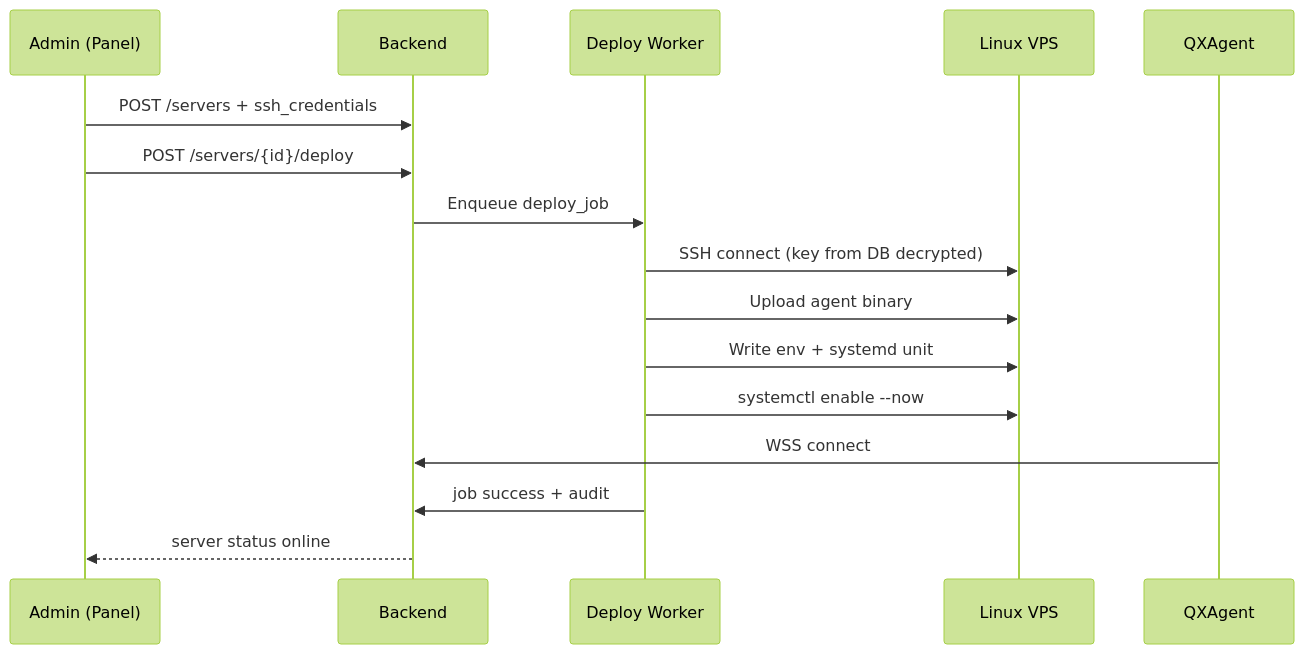
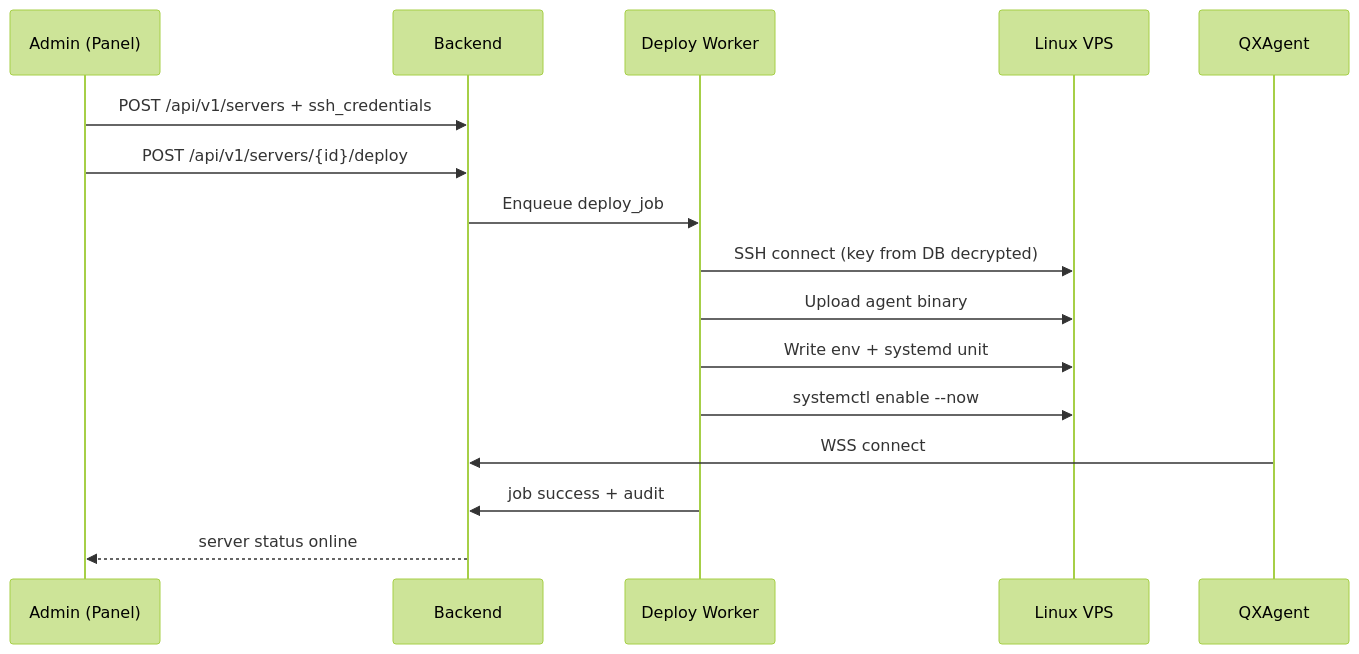
The diagram in docs/ssh-deploy.md (mindevis/qx-project), drawn with Mermaid (forest theme) before and after one commit. The commit also changed other lines of this file and 129 other files, not shown here.

````diff
--- a/docs/ssh-deploy.md
+++ b/docs/ssh-deploy.md
@@ -10,19 +11,19 @@
 ```mermaid
 sequenceDiagram
     participant U as Admin (Panel)
     participant API as Backend
     participant Q as Deploy Worker
     participant VPS as Linux VPS
     participant A as QXAgent
 
-    U->>API: POST /servers + ssh_credentials
-    U->>API: POST /servers/{id}/deploy
+    U->>API: POST /api/v1/servers + ssh_credentials
+    U->>API: POST /api/v1/servers/{id}/deploy
     API->>Q: Enqueue deploy_job
     Q->>VPS: SSH connect (key from DB decrypted)
     Q->>VPS: Upload agent binary
     Q->>VPS: Write env + systemd unit
     Q->>VPS: systemctl enable --now
     A->>API: WSS connect
     Q->>API: job success + audit
     API-->>U: server status online
 ```
````
